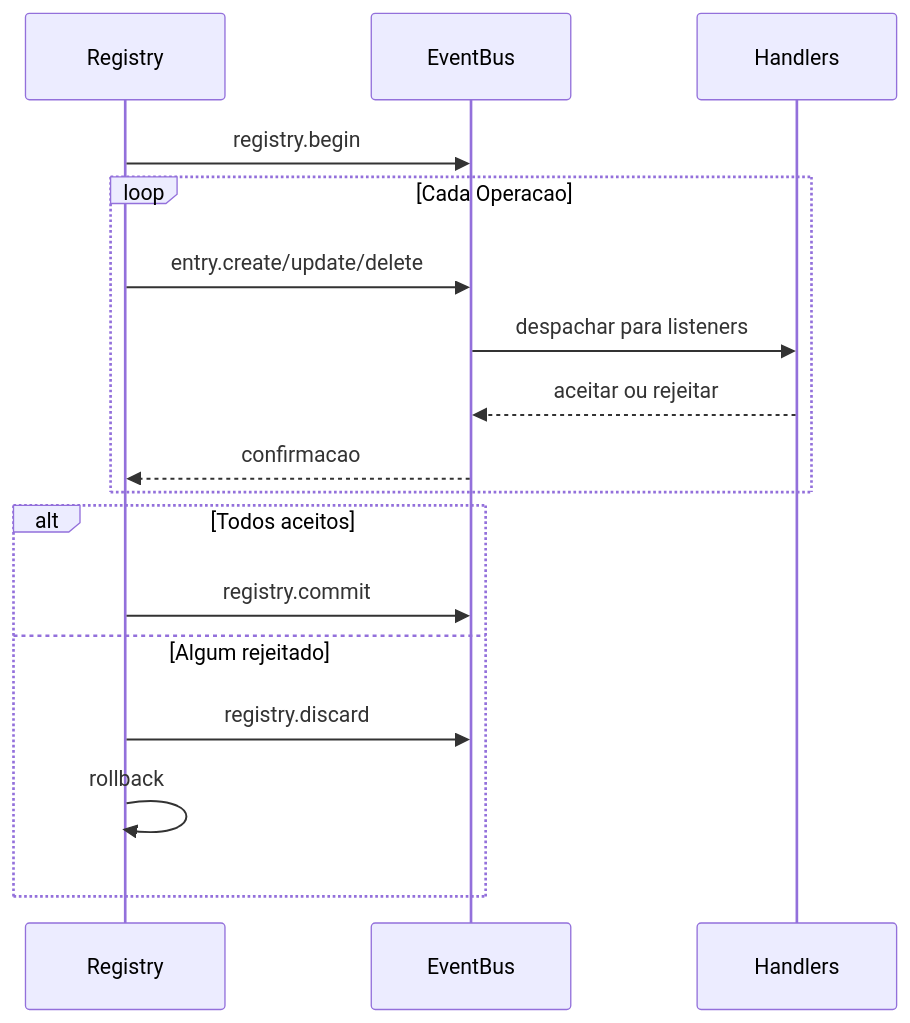
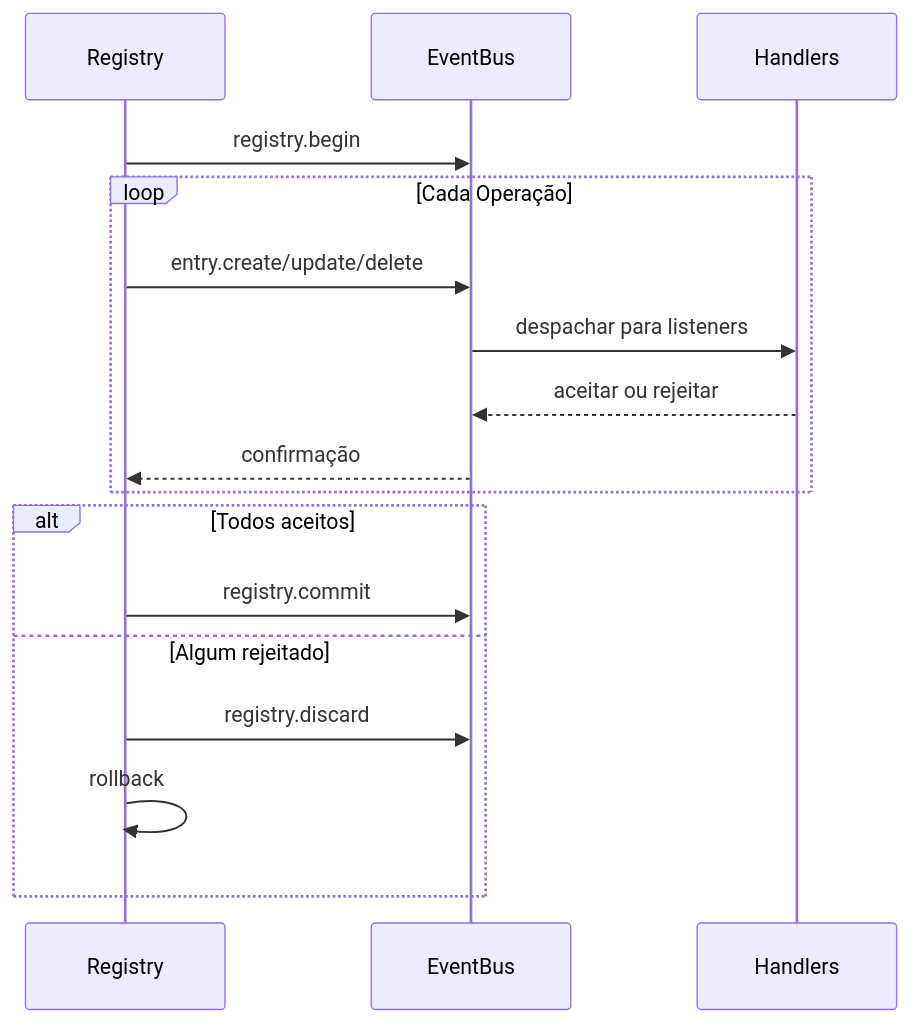
The second of 2 diagrams in pt/internals/registry.md (wippyai/docs), drawn with Mermaid before and after one commit. The commit also changed other lines of this file and 196 other files, not shown here.

````diff
--- a/pt/internals/registry.md
+++ b/pt/internals/registry.md
@@ -62,20 +62,20 @@
 ```mermaid
 sequenceDiagram
     participant R as Registry
     participant B as EventBus
     participant H as Handlers
 
     R->>B: registry.begin
-    loop Cada Operacao
+    loop Cada Operação
         R->>B: entry.create/update/delete
         B->>H: despachar para listeners
         H-->>B: aceitar ou rejeitar
-        B-->>R: confirmacao
+        B-->>R: confirmação
     end
     alt Todos aceitos
         R->>B: registry.commit
     else Algum rejeitado
         R->>B: registry.discard
         R->>R: rollback
     end
 ```
````
